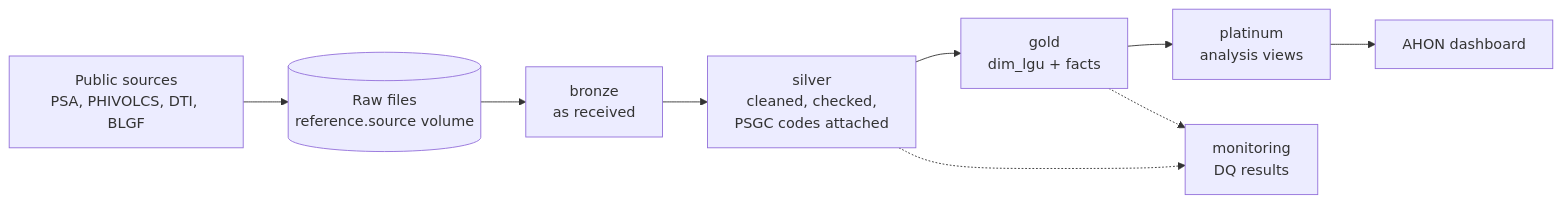
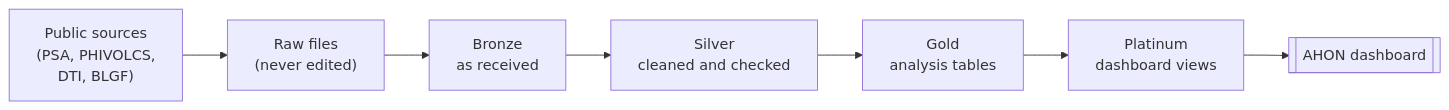
Before and after one commit to Project-AHON/AHON-Pipeline: the diagram in README.md, drawn with Mermaid. The commit also changed other lines of this file and 2 other files, not shown here.

````diff
--- a/README.md
+++ b/README.md
@@ -30,11 +30,9 @@
 ```mermaid
 flowchart LR
-  S[Public sources<br/>PSA, PHIVOLCS, DTI, BLGF] --> V[(Raw files<br/>reference.source volume)]
-  V --> B[bronze<br/>as received]
-  B --> SV[silver<br/>cleaned, checked,<br/>PSGC codes attached]
-  SV --> G[gold<br/>dim_lgu + facts]
-  G --> P[platinum<br/>analysis views]
-  P --> D[AHON dashboard]
-  SV -.-> M[monitoring<br/>DQ results]
-  G -.-> M
+  A["Public sources<br/>(PSA, PHIVOLCS,<br/>DTI, BLGF)"] --> B["Raw files<br/>(never edited)"]
+  B --> C["Bronze<br/>as received"]
+  C --> D["Silver<br/>cleaned and checked"]
+  D --> E["Gold<br/>analysis tables"]
+  E --> F["Platinum<br/>dashboard views"]
+  F --> G[["AHON dashboard"]]
 ```
````
